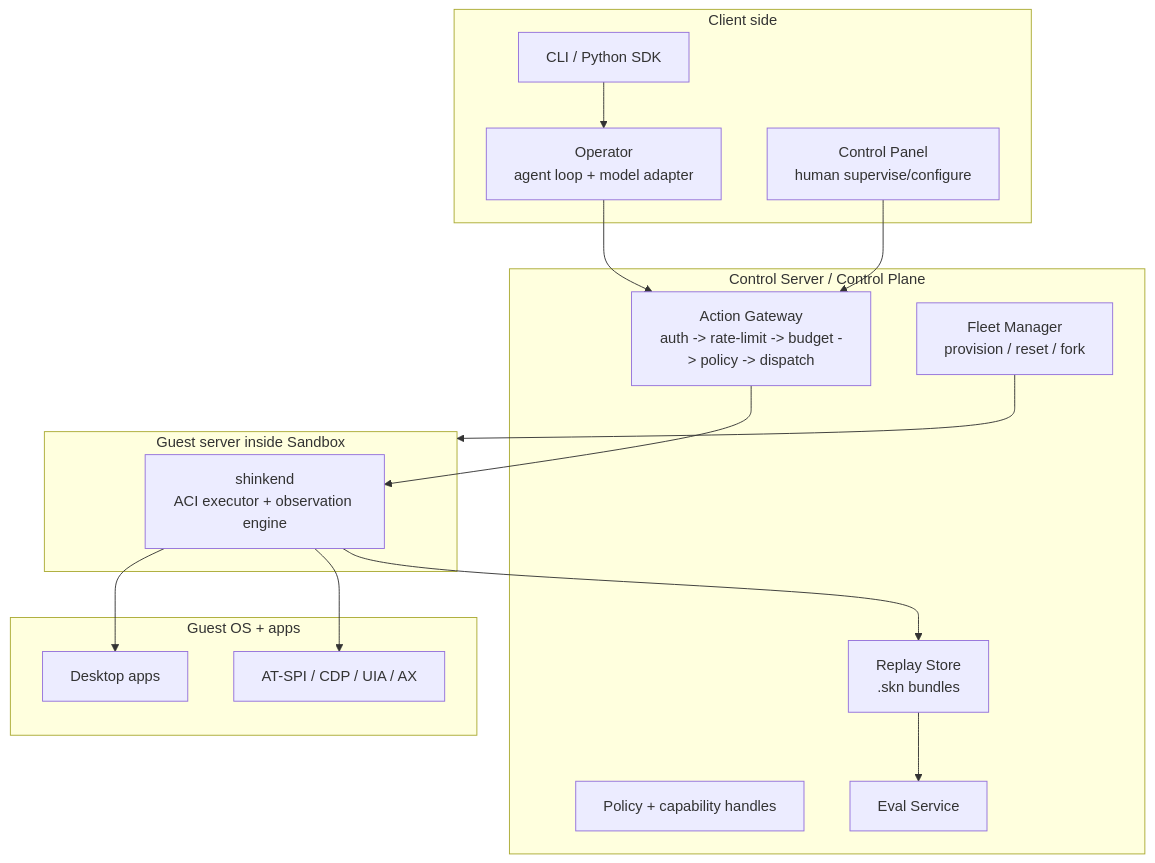
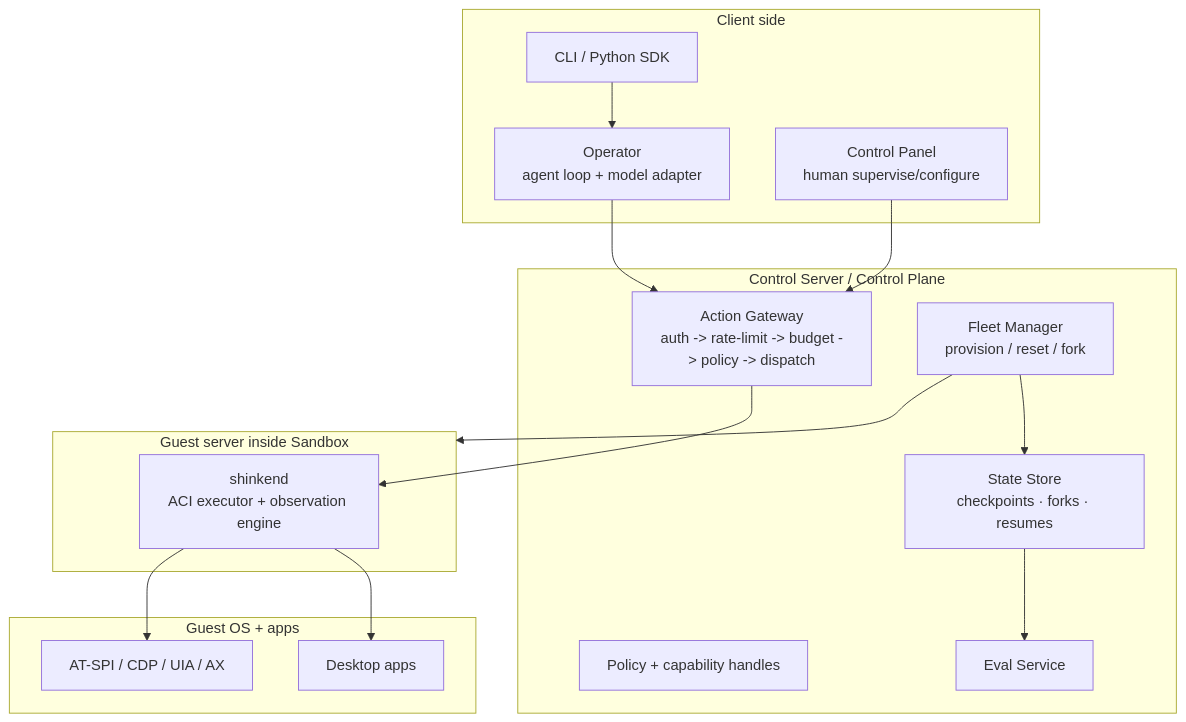
One commit to Meirtz/Shinken changed the second of 3 diagrams in README.md. Above: the diagram before and after it, drawn with Mermaid. The commit also changed other lines of this file and 72 other files, not shown here.

````diff
--- a/README.md
+++ b/README.md
@@ -146,35 +136,35 @@
 ```mermaid
 flowchart TB
   subgraph Client["Client side"]
     CLI["CLI / Python SDK"]
     OP["Operator<br/>agent loop + model adapter"]
     CP["Control Panel<br/>human supervise/configure"]
   end
 
   subgraph Control["Control Server / Control Plane"]
     AG["Action Gateway<br/>auth -> rate-limit -> budget -> policy -> dispatch"]
     POL["Policy + capability handles"]
-    RS["Replay Store<br/>.skn bundles"]
+    SS["State Store<br/>checkpoints · forks · resumes"]
     FM["Fleet Manager<br/>provision / reset / fork"]
     EV["Eval Service"]
   end
 
   subgraph Guest["Guest server inside Sandbox"]
     SK["shinkend<br/>ACI executor + observation engine"]
   end
 
   subgraph OS["Guest OS + apps"]
     APP["Desktop apps"]
     A11Y["AT-SPI / CDP / UIA / AX"]
   end
 
   CLI --> OP
   OP --> AG
   CP --> AG
   AG --> SK
   SK --> APP
   SK --> A11Y
-  SK --> RS
+  FM --> SS
   FM --> Guest
-  RS --> EV
+  SS --> EV
 ```
````
